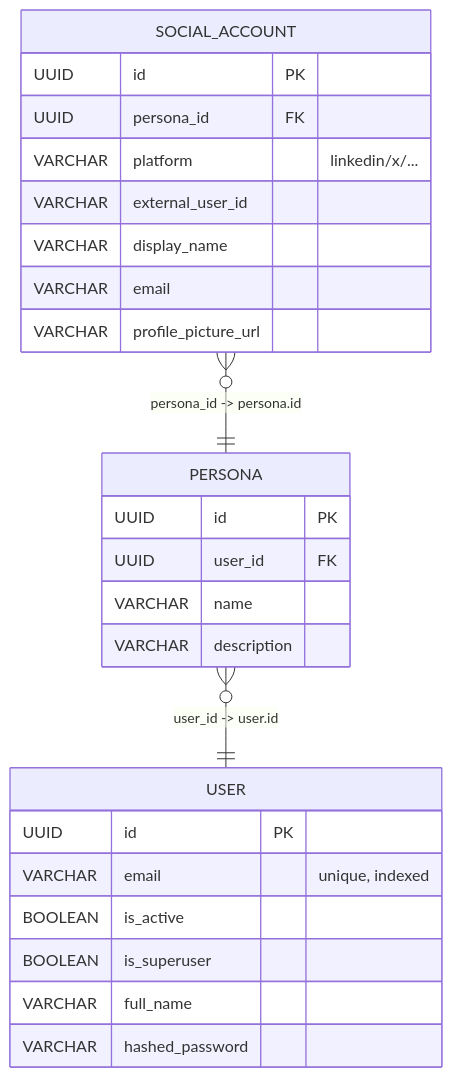
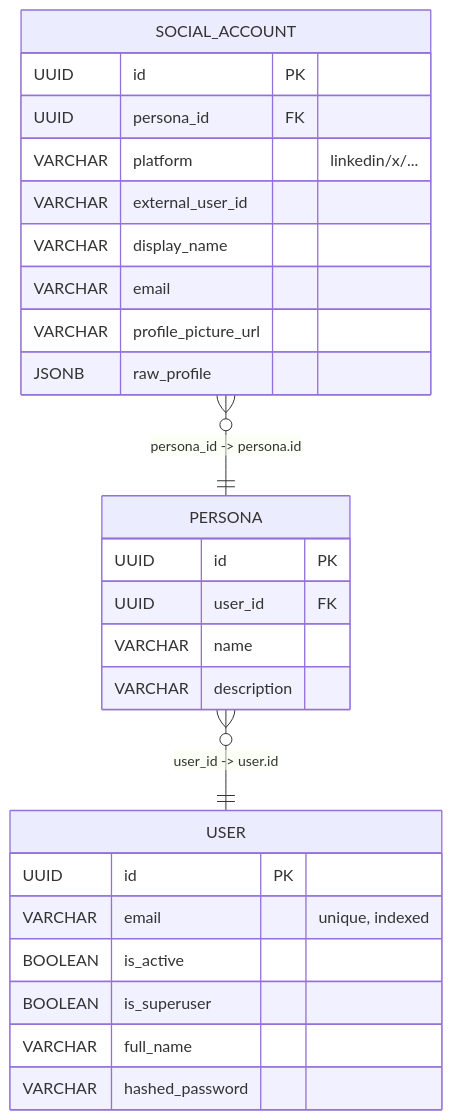
Before and after one commit to AchuAshwath/LinkX: the fourth of 6 diagrams in backend/app/alembic/README.md, drawn with Mermaid. The commit also changed other lines of this file and 54 other files, not shown here.

````diff
--- a/backend/app/alembic/README.md
+++ b/backend/app/alembic/README.md
@@ -170,32 +194,33 @@
 ```mermaid
 erDiagram
   USER {
     UUID id PK
     VARCHAR email "unique, indexed"
     BOOLEAN is_active
     BOOLEAN is_superuser
     VARCHAR full_name
     VARCHAR hashed_password
   }
 
   PERSONA {
     UUID id PK
     UUID user_id FK
     VARCHAR name
     VARCHAR description
   }
 
   SOCIAL_ACCOUNT {
     UUID id PK
     UUID persona_id FK
     VARCHAR platform "linkedin/x/..."
     VARCHAR external_user_id
     VARCHAR display_name
     VARCHAR email
     VARCHAR profile_picture_url
+    JSONB raw_profile
   }
 
   %% Relationships
   PERSONA }o--|| USER : "user_id -> user.id"
   SOCIAL_ACCOUNT }o--|| PERSONA : "persona_id -> persona.id"
 ```
````
